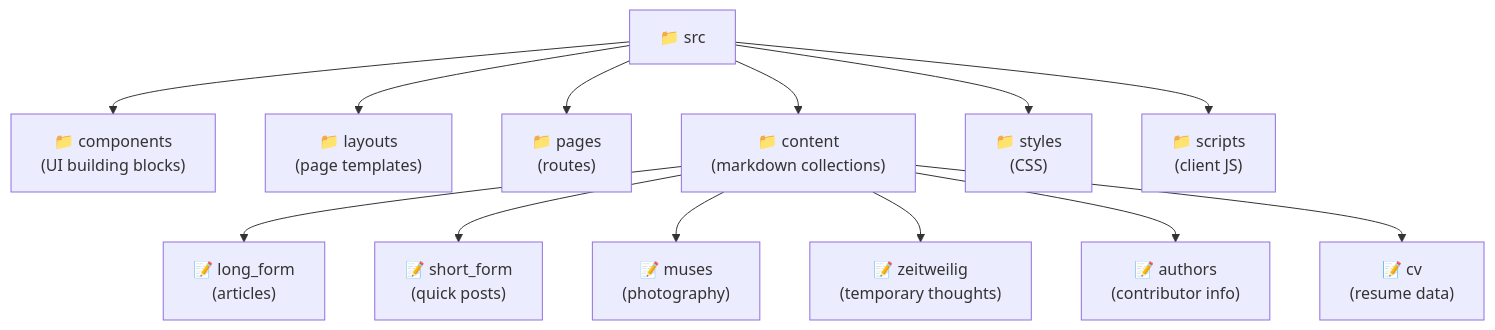
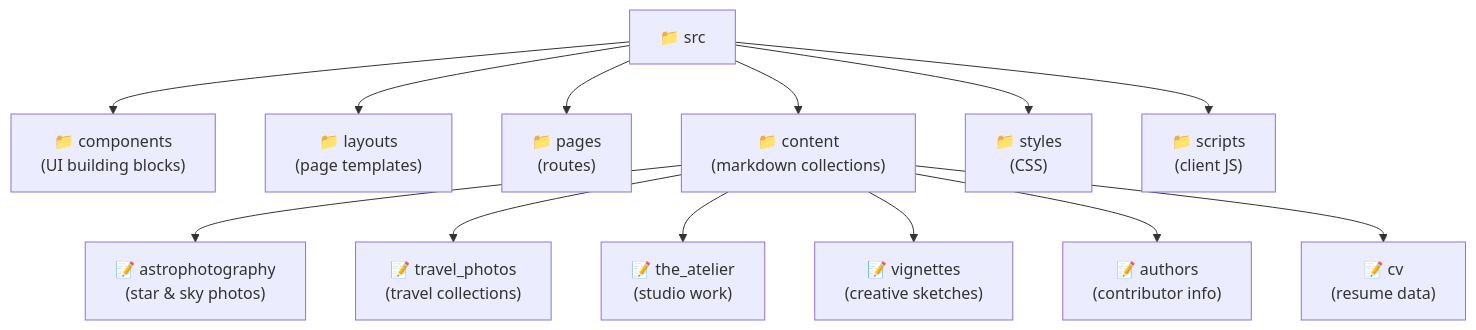
Before and after one commit to ZhunHao/my-website: the second of 9 diagrams in README.md, drawn with Mermaid. The commit also changed other lines of this file, not shown here.

Commit message:
feat: Update README to reflect new content structure and categories for photography portfolio

````diff
--- a/README.md
+++ b/README.md
@@ -53,16 +53,16 @@
 ```mermaid
 graph TD
     B["📁 src"] --> E["📁 components<br>(UI building blocks)"]
     B --> F["📁 layouts<br>(page templates)"]
     B --> G["📁 pages<br>(routes)"]
     B --> H["📁 content<br>(markdown collections)"]
     B --> I["📁 styles<br>(CSS)"]
     B --> J["📁 scripts<br>(client JS)"]
 
-    H --> K["📝 long_form<br>(articles)"]
-    H --> L["📝 short_form<br>(quick posts)"]
-    H --> M["📝 muses<br>(photography)"]
-    H --> N["📝 zeitweilig<br>(temporary thoughts)"]
+    H --> K["📝 astrophotography<br>(star & sky photos)"]
+    H --> L["📝 travel_photos<br>(travel collections)"]
+    H --> M["📝 the_atelier<br>(studio work)"]
+    H --> N["📝 vignettes<br>(creative sketches)"]
     H --> O["📝 authors<br>(contributor info)"]
     H --> P["📝 cv<br>(resume data)"]
 ```
````
